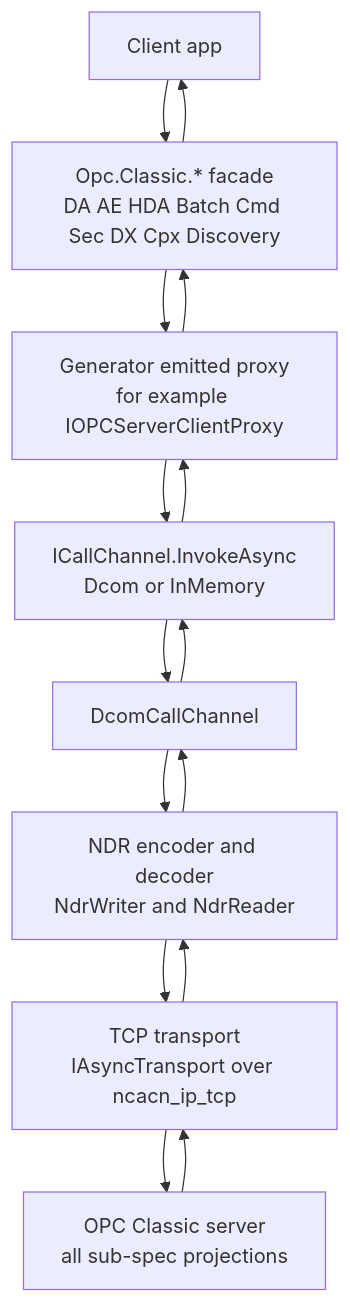
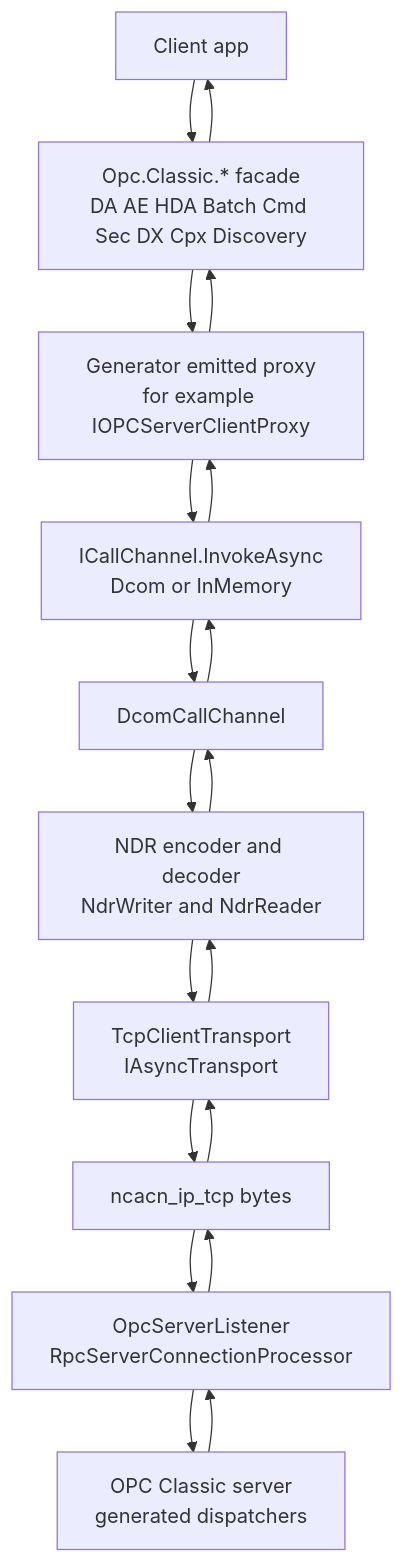
One commit to marcschier/opc-classic changed the diagram in docs/diagrams/01-high-level-architecture.md. Above: the diagram before and after it, drawn with Mermaid. The commit also changed other lines of this file and 13 other files, not shown here.

First line of the commit message:
docs(cap-f4): refresh architecture + security + diagrams for rc.7

````diff
--- a/docs/diagrams/01-high-level-architecture.md
+++ b/docs/diagrams/01-high-level-architecture.md
@@ -9,26 +9,32 @@
 ```mermaid
 flowchart TB
     App["Client app"]
     Facade["Opc.Classic.* facade<br/>DA AE HDA Batch Cmd Sec DX Cpx Discovery"]
     Proxy["Generator emitted proxy<br/>for example IOPCServerClientProxy"]
     Channel["ICallChannel.InvokeAsync<br/>Dcom or InMemory"]
     Dcom["DcomCallChannel"]
     Ndr["NDR encoder and decoder<br/>NdrWriter and NdrReader"]
-    Tcp["TCP transport<br/>IAsyncTransport over ncacn_ip_tcp"]
-    Server["OPC Classic server<br/>all sub-spec projections"]
+    TcpClient["TcpClientTransport<br/>IAsyncTransport"]
+    Tcp["ncacn_ip_tcp bytes"]
+    Listener["OpcServerListener<br/>RpcServerConnectionProcessor"]
+    Server["OPC Classic server<br/>generated dispatchers"]
 
     App --> Facade
     Facade --> Proxy
     Proxy --> Channel
     Channel --> Dcom
     Dcom --> Ndr
-    Ndr --> Tcp
-    Tcp --> Server
-    Server --> Tcp
-    Tcp --> Ndr
+    Ndr --> TcpClient
+    TcpClient --> Tcp
+    Tcp --> Listener
+    Listener --> Server
+    Server --> Listener
+    Listener --> Tcp
+    Tcp --> TcpClient
+    TcpClient --> Ndr
     Ndr --> Dcom
     Dcom --> Channel
     Channel --> Proxy
     Proxy --> Facade
     Facade --> App
 ```
````
